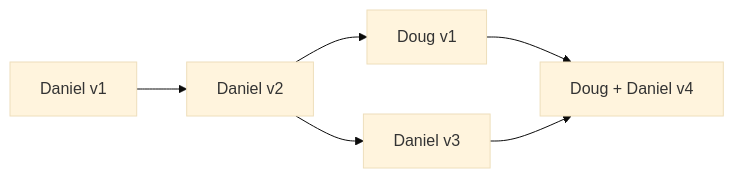
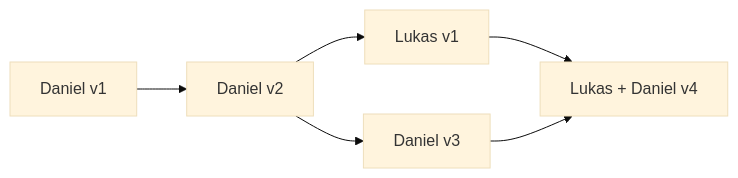
One commit to openstatsware/shortcourse-iscb2025 changed the first of 6 diagrams in slides/05_collaboration.qmd. Above: the diagram before and after it, drawn with Mermaid (base theme). The commit also changed other lines of this file and 1 other file, not shown here.

Commit message:
add Lukas, thank you slide

````diff
--- a/slides/05_collaboration.qmd
+++ b/slides/05_collaboration.qmd
@@ -71,8 +71,8 @@
 ```{mermaid}
 flowchart LR
   A[Daniel v1] --> B[Daniel v2]
   B --> C[Daniel v3]
-  B --> D[Doug v1]
-  D --> E[Doug + Daniel v4]
+  B --> D[Lukas v1]
+  D --> E[Lukas + Daniel v4]
   C --> E
 ```
````
